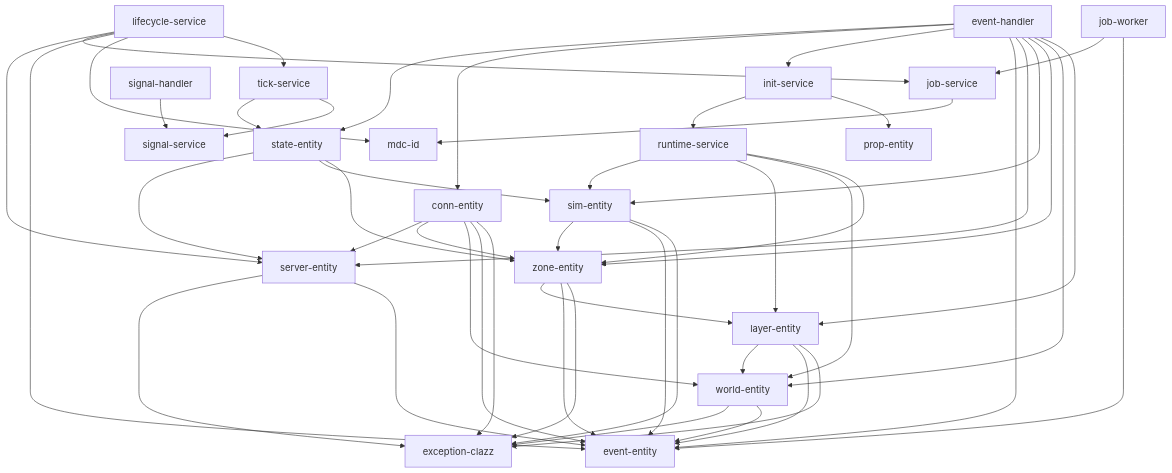
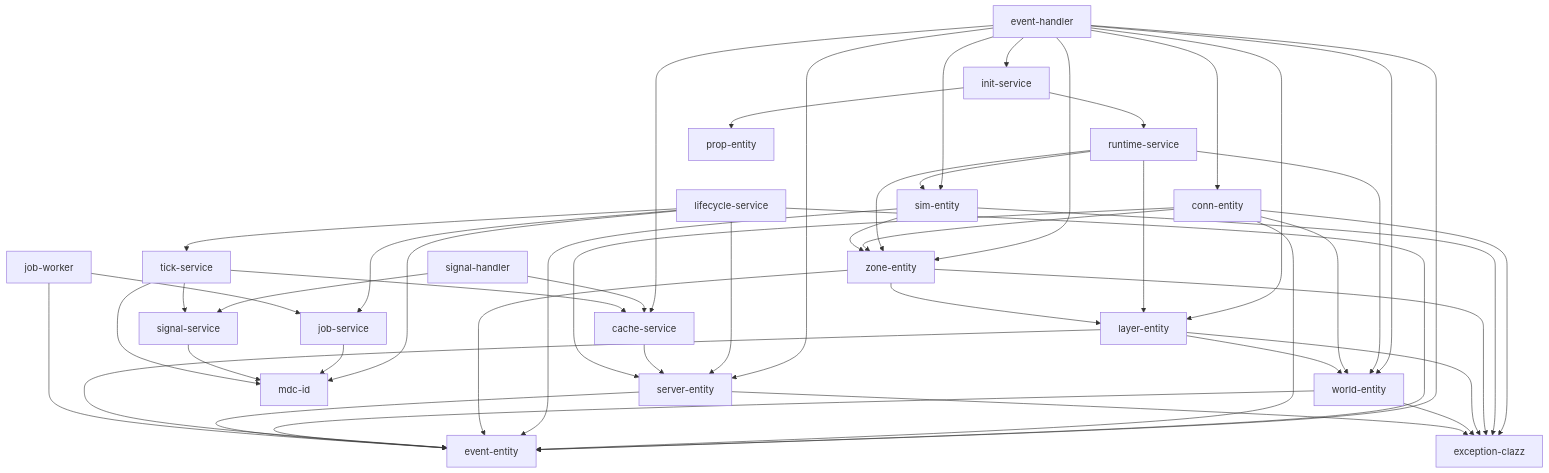
The diagram in MODULES.md (crionuke/omgcluster), drawn with Mermaid before and after one commit. The commit also changed 34 other files, not shown here.

First line of the commit message:
Remove state-entity module and consolidate caching into cache-service

````diff
--- a/MODULES.md
+++ b/MODULES.md
@@ -1,64 +1,66 @@
 ```mermaid
 graph TD
-    event-handler --> state-entity
+    event-handler --> cache-service
     event-handler --> conn-entity
     event-handler --> init-service
     event-handler --> event-entity
     event-handler --> server-entity
     event-handler --> sim-entity
     event-handler --> zone-entity
     event-handler --> world-entity
     event-handler --> layer-entity
 
     lifecycle-service --> server-entity
     lifecycle-service --> job-service
     lifecycle-service --> event-entity
     lifecycle-service --> mdc-id
     lifecycle-service --> tick-service
 
     init-service --> runtime-service
     init-service --> prop-entity
 
-    state-entity --> server-entity
-    state-entity --> sim-entity
-    state-entity --> zone-entity
+    cache-service --> server-entity
 
     runtime-service --> sim-entity
     runtime-service --> layer-entity
     runtime-service --> world-entity
     runtime-service --> zone-entity
 
     conn-entity --> server-entity
     conn-entity --> zone-entity
     conn-entity --> world-entity
     conn-entity --> event-entity
     conn-entity --> exception-clazz
 
     sim-entity --> zone-entity
     sim-entity --> event-entity
     sim-entity --> exception-clazz
 
     zone-entity --> layer-entity
     zone-entity --> event-entity
     zone-entity --> exception-clazz
 
     layer-entity --> world-entity
     layer-entity --> event-entity
     layer-entity --> exception-clazz
 
     world-entity --> exception-clazz
     world-entity --> event-entity
 
     server-entity --> exception-clazz
     server-entity --> event-entity
 
     job-service --> mdc-id
 
     job-worker --> job-service
     job-worker --> event-entity
 
     signal-handler --> signal-service
+    signal-handler --> cache-service
 
-    tick-service --> state-entity
+    signal-service --> mdc-id
+
+    tick-service --> cache-service
     tick-service --> signal-service
+    tick-service --> mdc-id
 ```
````
